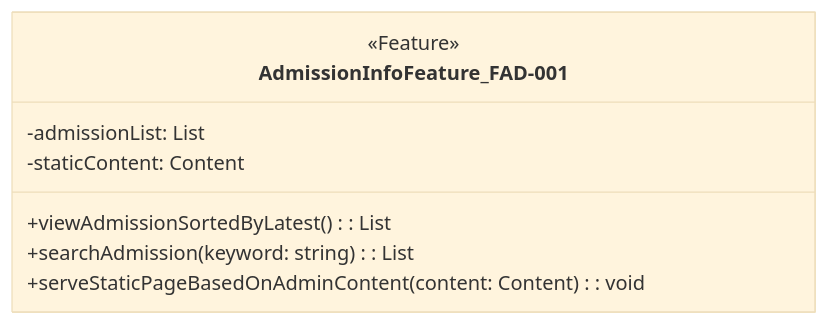
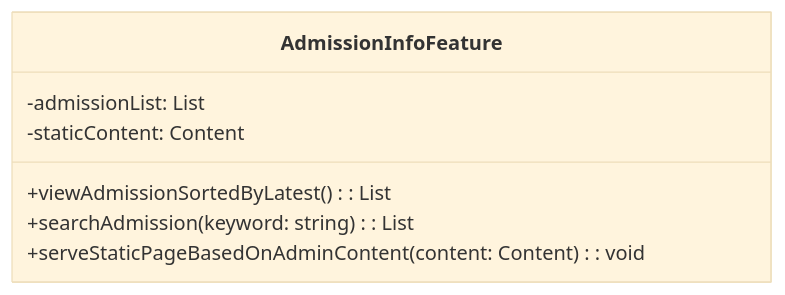
Before and after one commit to sun922/University-SoftwareDesign: the eighth of 10 diagrams in 2. Design/Software Design Documents.md, drawn with Mermaid (base theme). The commit also changed other lines of this file, not shown here.

Commit message:
Update Software Design Documents.md

````diff
--- a/2. Design/Software Design Documents.md
+++ b/2. Design/Software Design Documents.md
@@ -729,12 +729,11 @@
 ```mermaid
 classDiagram
-class AdmissionInfoFeature_FAD-001 {
-        <<Feature>>
+class AdmissionInfoFeature {
         -admissionList: List
         -staticContent: Content
 
         +viewAdmissionSortedByLatest(): List
         +searchAdmission(keyword: string): List
         +serveStaticPageBasedOnAdminContent(content: Content): void
     }
 ```
````
